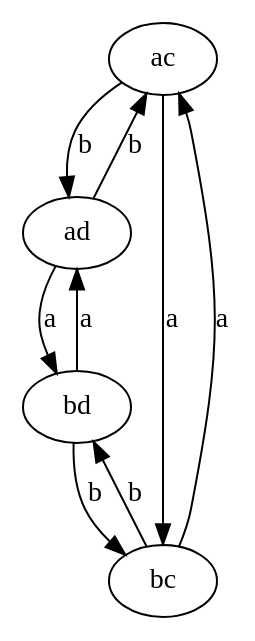
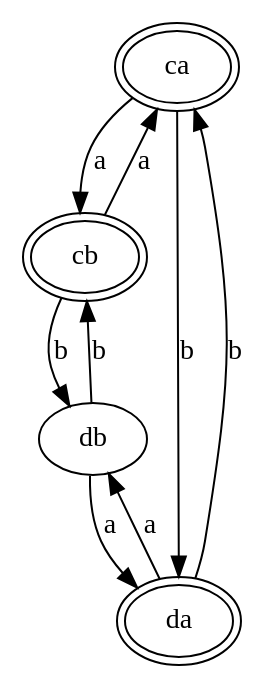
The diagram in output.dot (Antonio-Melo/COMP-Autoanalyze), drawn with Graphviz before and after one commit. The commit also changed 12 other files, not shown here.

```diff
--- a/output.dot
+++ b/output.dot
@@ -1,10 +1,13 @@
 digraph OUT {
-ac -> ad [label=b];
-ac -> bc [label=a];
-ad -> ac [label=b];
-ad -> bd [label=a];
-bc -> ac [label=a];
-bc -> bd [label=b];
-bd -> ad [label=a];
-bd -> bc [label=b];
+ca -> cb [label=a];
+ca -> da [label=b];
+ca [peripheries=2];
+cb -> ca [label=a];
+cb -> db [label=b];
+cb [peripheries=2];
+da -> ca [label=b];
+da -> db [label=a];
+da [peripheries=2];
+db -> cb [label=b];
+db -> da [label=a];
 }
```
